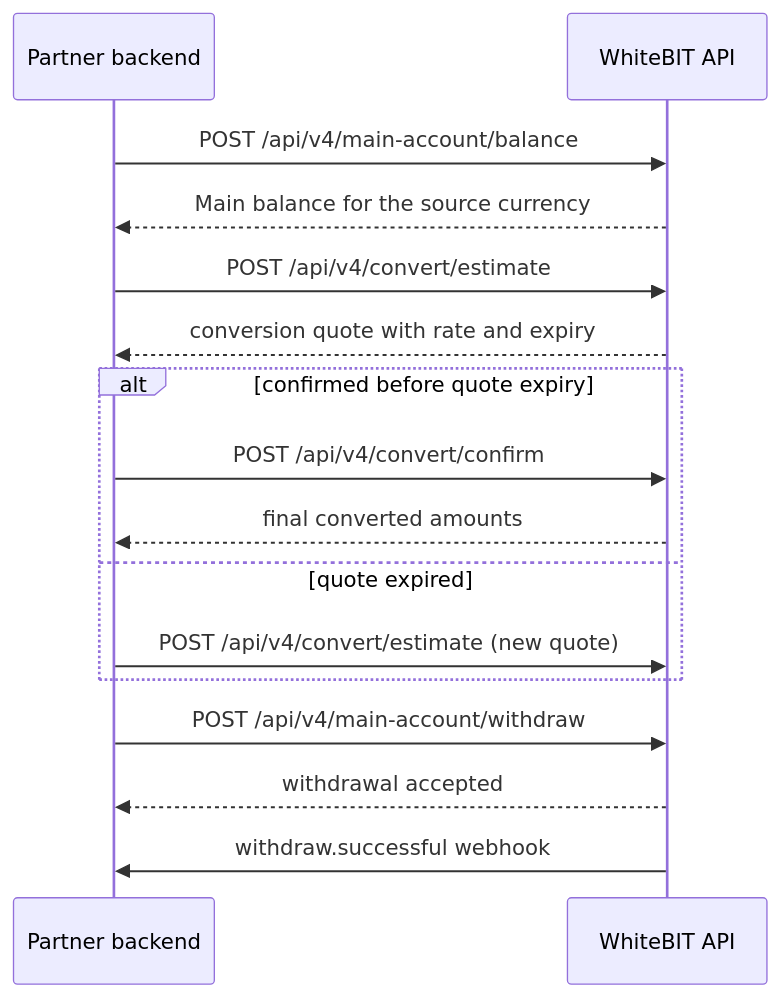
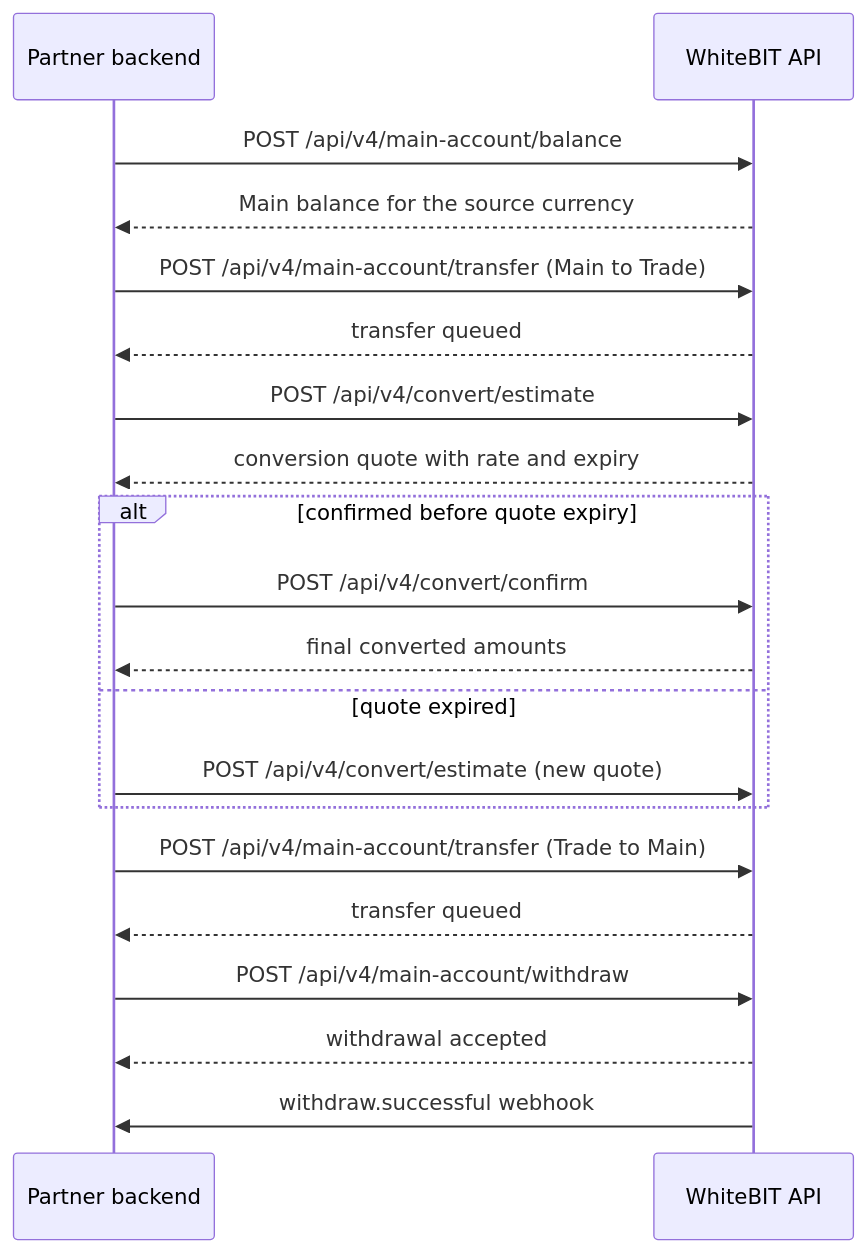
Before and after one commit to whitebit-exchange/docs: the sixth of 6 diagrams in guides/payment-integration.mdx, drawn with Mermaid. The commit also changed other lines of this file and 15 other files, not shown here.

Commit message:
fix(api): convert through the trade balance and document retry outcomes

````diff
--- a/guides/payment-integration.mdx
+++ b/guides/payment-integration.mdx
@@ -1035,19 +1049,23 @@
 ```mermaid
 sequenceDiagram
     participant Partner as Partner backend
     participant WB as WhiteBIT API
 
     Partner->>WB: POST /api/v4/main-account/balance
     WB-->>Partner: Main balance for the source currency
+    Partner->>WB: POST /api/v4/main-account/transfer (Main to Trade)
+    WB-->>Partner: transfer queued
     Partner->>WB: POST /api/v4/convert/estimate
     WB-->>Partner: conversion quote with rate and expiry
     alt confirmed before quote expiry
         Partner->>WB: POST /api/v4/convert/confirm
         WB-->>Partner: final converted amounts
     else quote expired
         Partner->>WB: POST /api/v4/convert/estimate (new quote)
     end
+    Partner->>WB: POST /api/v4/main-account/transfer (Trade to Main)
+    WB-->>Partner: transfer queued
     Partner->>WB: POST /api/v4/main-account/withdraw
     WB-->>Partner: withdrawal accepted
     WB->>Partner: withdraw.successful webhook
 ```
````
